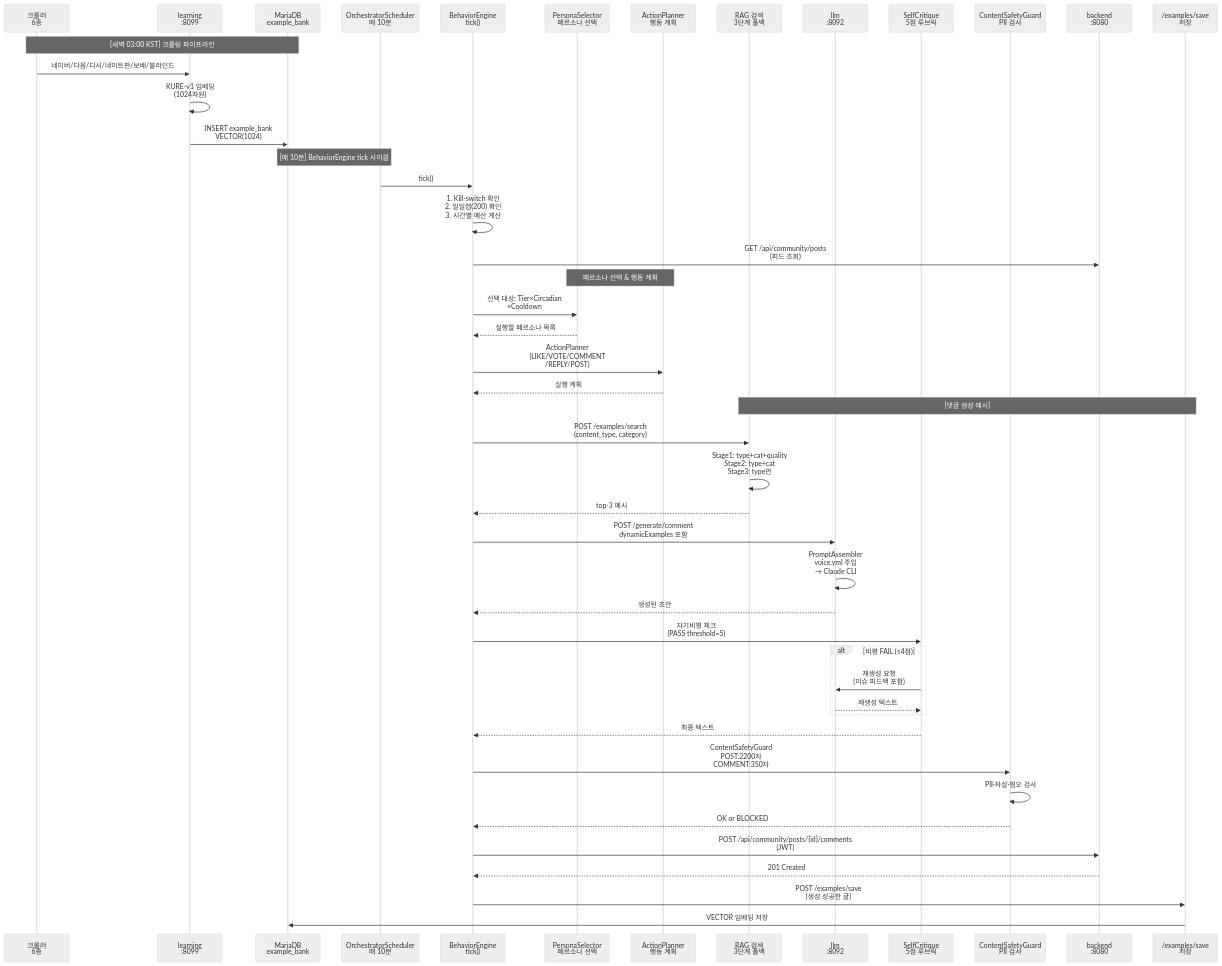
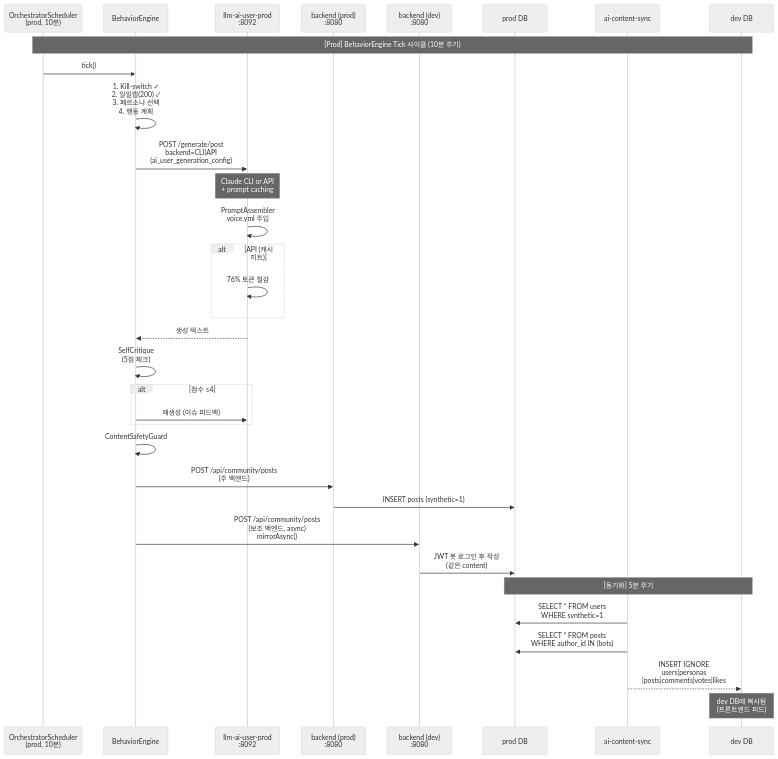
One commit to Justant-source/Again-Spring changed the second of 6 diagrams in ai-user/docs/architecture.md. Above: the diagram before and after it, drawn with Mermaid (neutral theme). The commit also changed other lines of this file and 4 other files, not shown here.

````diff
--- a/ai-user/docs/architecture.md
+++ b/ai-user/docs/architecture.md
@@ -37,58 +76,49 @@
 ```mermaid
 sequenceDiagram
-    participant CRAWL as 크롤러<br/>6종
-    participant LEARN as learning<br/>:8099
-    participant DB as MariaDB<br/>example_bank
-    participant SCHED as OrchestratorScheduler<br/>매 10분
-    participant ENG as BehaviorEngine<br/>tick()
-    participant SEL as PersonaSelector<br/>페르소나 선택
-    participant ACT as ActionPlanner<br/>행동 계획
-    participant RAG as RAG 검색<br/>3단계 폴백
-    participant LLM as llm<br/>:8092
-    participant CRIT as SelfCritique<br/>5점 루브릭
-    participant GUARD as ContentSafetyGuard<br/>PII 검사
-    participant BE as backend<br/>:8080
-    participant SAVE as /examples/save<br/>저장
+    participant SCHED as OrchestratorScheduler<br/>(prod, 10분)
+    participant ENG as BehaviorEngine
+    participant LLM as llm-ai-user-prod<br/>:8092
+    participant PROD_BE as backend (prod)<br/>:8080
+    participant DEV_BE as backend (dev)<br/>:8080
+    participant PROD_DB as prod DB
+    participant SYNC as ai-content-sync
+    participant DEV_DB as dev DB
     
-    note over CRAWL,DB: [새벽 03:00 KST] 크롤링 파이프라인
-    CRAWL->>LEARN: 네이버/다음/디시/네이트판/보배/블라인드
-    LEARN->>LEARN: KURE-v1 임베딩<br/>(1024차원)
-    LEARN->>DB: INSERT example_bank<br/>VECTOR(1024)
+    note over SCHED,DEV_DB: [Prod] BehaviorEngine Tick 사이클 (10분 주기)
+    SCHED->>ENG: tick()
     
-    note over SCHED,DB: [매 10분] BehaviorEngine tick 사이클
-    SCHED->>ENG: tick()
-    ENG->>ENG: 1. Kill-switch 확인<br/>2. 일일캡(200) 확인<br/>3. 시간별 예산 계산
-    ENG->>BE: GET /api/community/posts<br/>(피드 조회)
+    ENG->>ENG: 1. Kill-switch ✓<br/>2. 일일캡(200) ✓<br/>3. 페르소나 선택<br/>4. 행동 계획
     
-    note over SEL,ACT: 페르소나 선택 & 행동 계획
-    ENG->>SEL: 선택 대상: Tier×Circadian<br/>×Cooldown
-    SEL-->>ENG: 실행할 페르소나 목록
-    ENG->>ACT: ActionPlanner<br/>(LIKE/VOTE/COMMENT<br/>/REPLY/POST)
-    ACT-->>ENG: 실행 계획
+    ENG->>LLM: POST /generate/post<br/>backend=CLI|API<br/>(ai_user_generation_config)
     
-    note over RAG,SAVE: [댓글 생성 예시]
-    ENG->>RAG: POST /examples/search<br/>(content_type, category)
-    RAG->>RAG: Stage1: type+cat+quality<br/>Stage2: type+cat<br/>Stage3: type만
-    RAG-->>ENG: top-3 예시
+    note over LLM: Claude CLI or API<br/>+ prompt caching
+    LLM->>LLM: PromptAssembler<br/>voice.yml 주입
     
-    ENG->>LLM: POST /generate/comment<br/>dynamicExamples 포함
-    LLM->>LLM: PromptAssembler<br/>voice.yml 주입<br/>→ Claude CLI
-    LLM-->>ENG: 생성된 초안
+    alt API (캐시 히트)
+        LLM->>LLM: 76% 토큰 절감
+    end
     
-    ENG->>CRIT: 자기비평 체크<br/>(PASS threshold=5)
-    alt 비평 FAIL (≤4점)
-        CRIT->>LLM: 재생성 요청<br/>(이슈 피드백 포함)
-        LLM-->>CRIT: 재생성 텍스트
+    LLM-->>ENG: 생성 텍스트
+    
+    ENG->>ENG: SelfCritique<br/>(5점 체크)
+    
+    alt 점수 ≤4
+        ENG->>LLM: 재생성 (이슈 피드백)
     end
-    CRIT-->>ENG: 최종 텍스트
     
-    ENG->>GUARD: ContentSafetyGuard<br/>POST:2200자<br/>COMMENT:350자
-    GUARD->>GUARD: PII·자살·혐오 검사
-    GUARD-->>ENG: OK or BLOCKED
+    ENG->>ENG: ContentSafetyGuard
     
-    ENG->>BE: POST /api/community/posts/{id}/comments<br/>(JWT)
-    BE-->>ENG: 201 Created
+    ENG->>PROD_BE: POST /api/community/posts<br/>(주 백엔드)
+    PROD_BE->>PROD_DB: INSERT posts (synthetic=1)
     
-    ENG->>SAVE: POST /examples/save<br/>(생성 성공한 글)
-    SAVE->>DB: VECTOR 임베딩 저장
+    ENG->>DEV_BE: POST /api/community/posts<br/>(보조 백엔드, async)<br/>mirrorAsync()
+    DEV_BE->>PROD_DB: JWT 봇 로그인 후 작성<br/>(같은 content)
+    
+    note over PROD_DB,DEV_DB: [동기화] 5분 주기
+    SYNC->>PROD_DB: SELECT * FROM users<br/>WHERE synthetic=1
+    SYNC->>PROD_DB: SELECT * FROM posts<br/>WHERE author_id IN (bots)
+    
+    SYNC-->>DEV_DB: INSERT IGNORE<br/>users|personas<br/>|posts|comments|votes|likes
+    
+    note over DEV_DB: dev DB에 복사됨<br/>(프론트엔드 피드)
 ```
````
